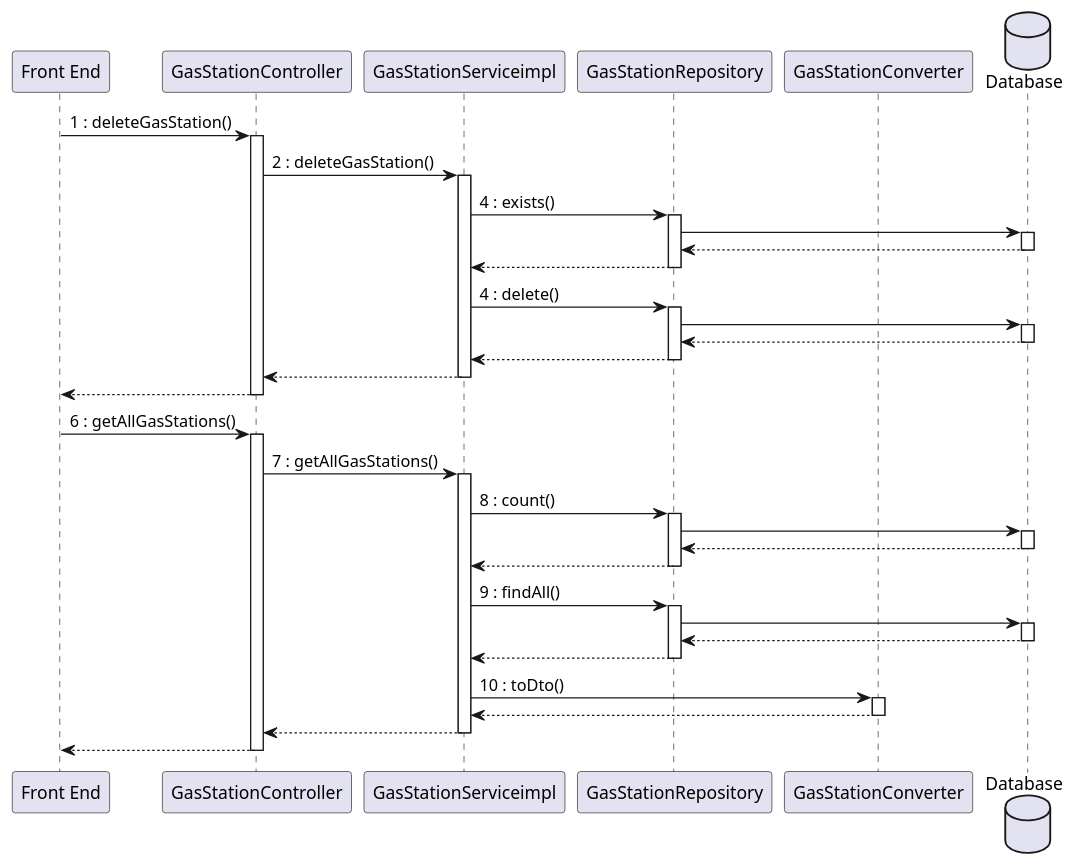
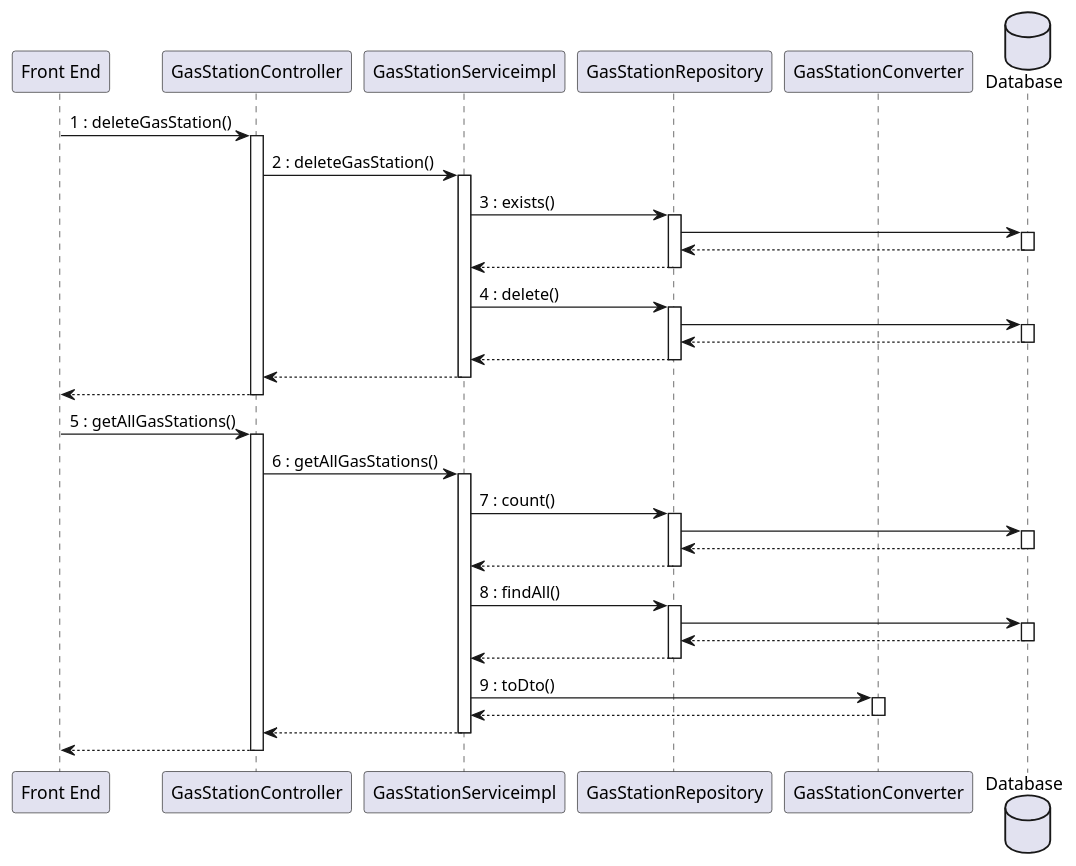
The tenth of 15 diagrams in docs/DesignDocument.md (mosTavassoli/ezgas), drawn with PlantUML before and after one commit.

Commit message:
docs(DesignDocument): fix sequence diagram use case 6

````diff
--- a/docs/DesignDocument.md
+++ b/docs/DesignDocument.md
@@ -707,44 +707,44 @@
 ```plantuml
 database Database order 30
 "Front End" -> GasStationController:1 : deleteGasStation()
 activate GasStationController
 GasStationController -> GasStationServiceimpl:2 : deleteGasStation()
 activate GasStationServiceimpl
-GasStationServiceimpl -> GasStationRepository:4 : exists()
+GasStationServiceimpl -> GasStationRepository:3 : exists()
 activate GasStationRepository
 GasStationRepository -> Database
 activate Database
 return
 return
 GasStationServiceimpl -> GasStationRepository:4 : delete()
 activate GasStationRepository
 GasStationRepository -> Database
 activate Database
 return
 return
 return
 return
 
-"Front End" -> GasStationController:6 : getAllGasStations()
+"Front End" -> GasStationController:5 : getAllGasStations()
 activate GasStationController
-GasStationController -> GasStationServiceimpl:7 : getAllGasStations()
+GasStationController -> GasStationServiceimpl:6 : getAllGasStations()
 activate GasStationServiceimpl
-GasStationServiceimpl -> GasStationRepository:8 : count()
+GasStationServiceimpl -> GasStationRepository:7 : count()
 activate GasStationRepository
 GasStationRepository -> Database
 activate Database
 return
 return
-GasStationServiceimpl -> GasStationRepository:9 : findAll()
+GasStationServiceimpl -> GasStationRepository:8 : findAll()
 activate GasStationRepository
 GasStationRepository -> Database
 activate Database
 return
 return
 
-GasStationServiceimpl -> GasStationConverter:10 : toDto()
+GasStationServiceimpl -> GasStationConverter:9 : toDto()
 activate GasStationConverter
 return
 return
 return
 ```
````
